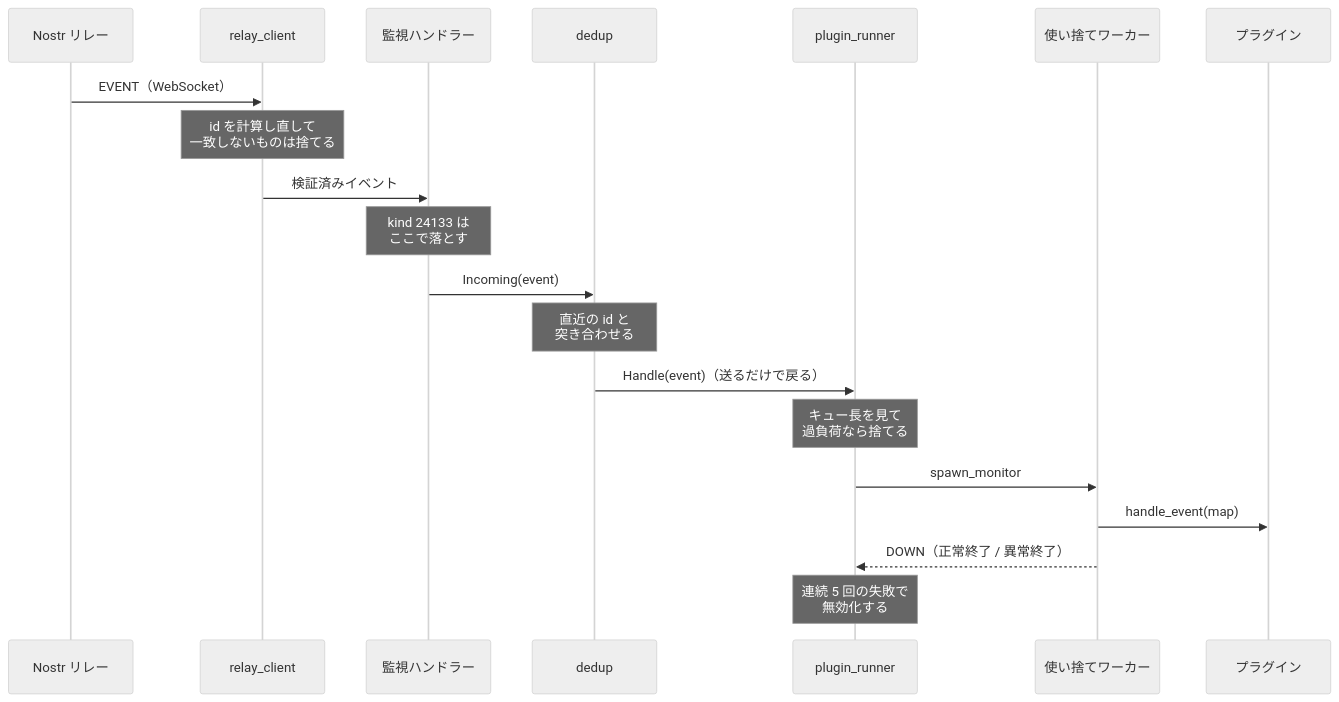
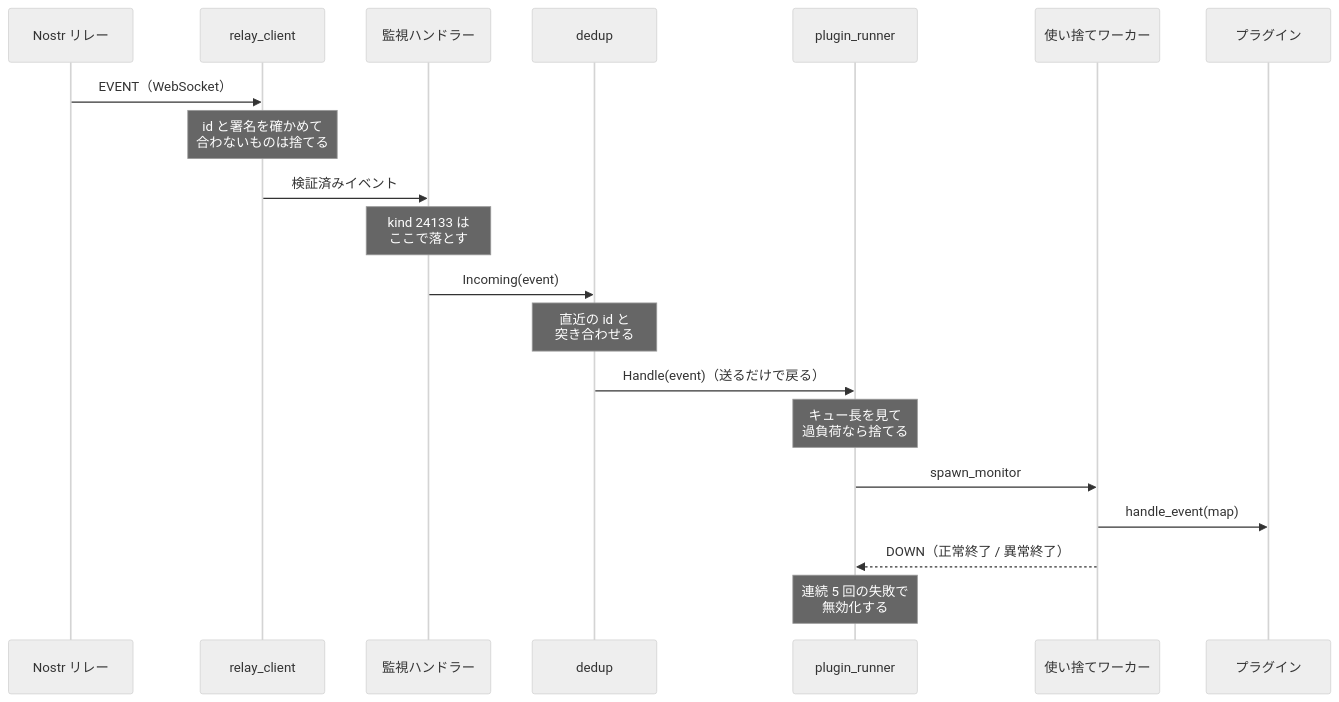
The second of 8 diagrams in docs/architecture.md (neverclear86/nostr-no-su), drawn with Mermaid (neutral theme) before and after one commit. The commit also changed other lines of this file and 11 other files, not shown here.

````diff
--- a/docs/architecture.md
+++ b/docs/architecture.md
@@ -124,23 +124,23 @@
 ```mermaid
 sequenceDiagram
     participant relay as Nostr リレー
     participant client as relay_client
     participant handler as 監視ハンドラー
     participant dedup as dedup
     participant runner as plugin_runner
     participant worker as 使い捨てワーカー
     participant plugin as プラグイン
 
     relay->>client: EVENT（WebSocket）
-    Note over client: id を計算し直して<br/>一致しないものは捨てる
+    Note over client: id と署名を確かめて<br/>合わないものは捨てる
     client->>handler: 検証済みイベント
     Note over handler: kind 24133 は<br/>ここで落とす
     handler->>dedup: Incoming(event)
     Note over dedup: 直近の id と<br/>突き合わせる
     dedup->>runner: Handle(event)（送るだけで戻る）
     Note over runner: キュー長を見て<br/>過負荷なら捨てる
     runner->>worker: spawn_monitor
     worker->>plugin: handle_event(map)
     worker-->>runner: DOWN（正常終了 / 異常終了）
     Note over runner: 連続 5 回の失敗で<br/>無効化する
 ```
````
